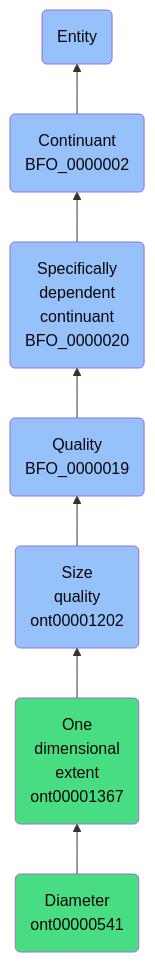
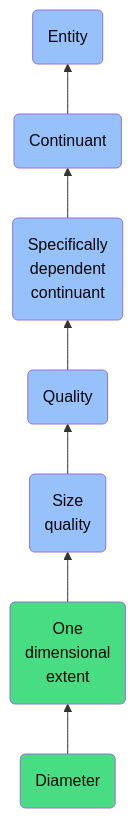
One commit to jupyter-naas/abi changed the diagram in docs/ontology/reference/model/Entity/Continuant/Specifically dependent continuant/Quality/Size quality/One dimensional extent/Diameter/Diameter.md. Above: the diagram before and after it, drawn with Mermaid. The commit also changed other lines of this file and 1430 other files, not shown here.

````diff
--- a/docs/ontology/reference/model/Entity/Continuant/Specifically dependent continuant/Quality/Size quality/One dimensional extent/Diameter/Diameter.md
+++ b/docs/ontology/reference/model/Entity/Continuant/Specifically dependent continuant/Quality/Size quality/One dimensional extent/Diameter/Diameter.md
@@ -24,14 +24,14 @@
 ```mermaid
 graph BT
-    ont00000541(Diameter<br>ont00000541):::ABI-->ont00001367
-    ont00001367(One<br>dimensional<br>extent<br>ont00001367):::ABI-->ont00001202
-    ont00001202(Size<br>quality<br>ont00001202):::BFO-->BFO_0000019
-    BFO_0000019(Quality<br>BFO_0000019):::BFO-->BFO_0000020
-    BFO_0000020(Specifically<br>dependent<br>continuant<br>BFO_0000020):::BFO-->BFO_0000002
-    BFO_0000002(Continuant<br>BFO_0000002):::BFO-->BFO_0000001
+    ont00000541(Diameter):::ABI-->ont00001367
+    ont00001367(One<br>dimensional<br>extent):::ABI-->ont00001202
+    ont00001202(Size<br>quality):::BFO-->BFO_0000019
+    BFO_0000019(Quality):::BFO-->BFO_0000020
+    BFO_0000020(Specifically<br>dependent<br>continuant):::BFO-->BFO_0000002
+    BFO_0000002(Continuant):::BFO-->BFO_0000001
     BFO_0000001(Entity):::BFO
     
     classDef BFO fill:#97c1fb,color:#060606
     classDef CCO fill:#e4c51e,color:#060606
     classDef ABI fill:#48DD82,color:#060606
 ```
````
